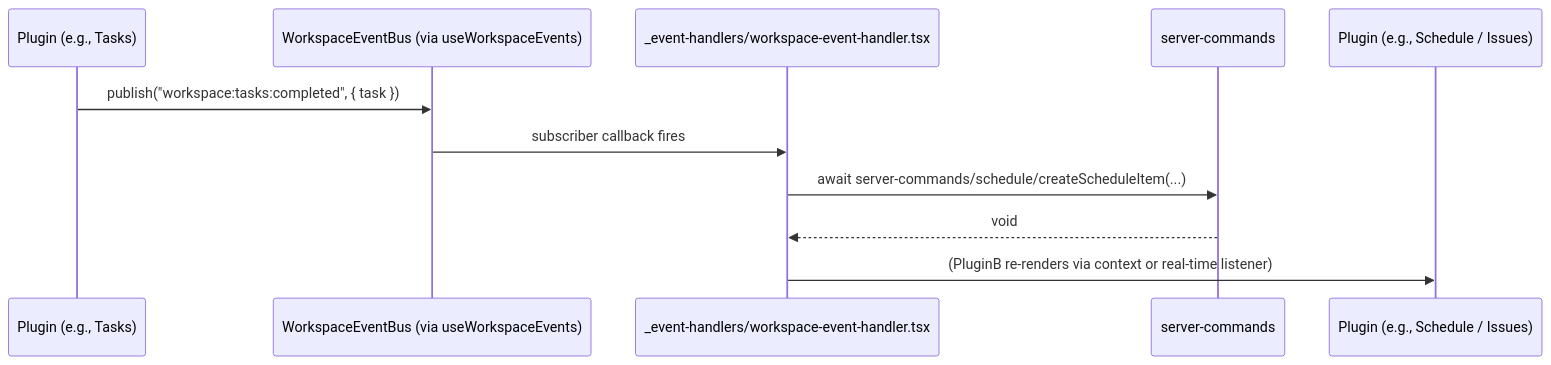
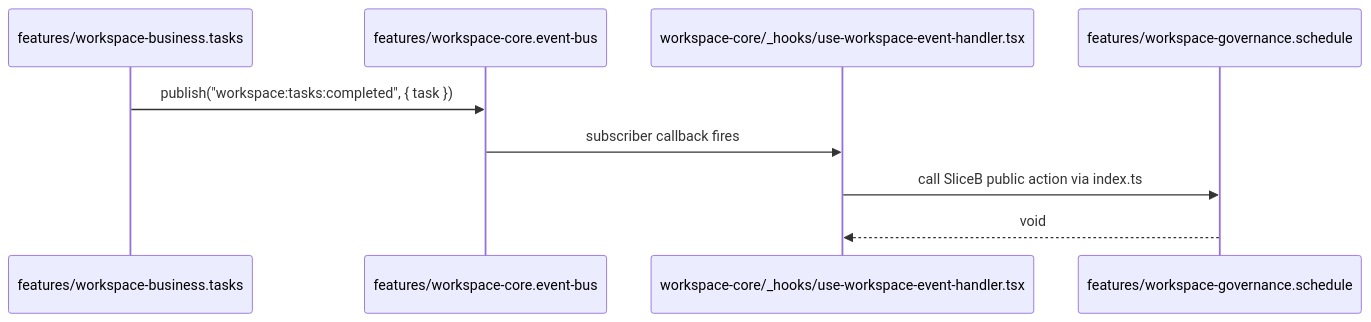
Before and after one commit to 7Spade/xuanwu-xxx: the second of 4 diagrams in src/shared/FLOWS.md, drawn with Mermaid. The commit also changed other lines of this file and 9 other files, not shown here.

````diff
--- a/src/shared/FLOWS.md
+++ b/src/shared/FLOWS.md
@@ -57,14 +57,12 @@
 ```mermaid
 sequenceDiagram
-    participant PluginA as Plugin (e.g., Tasks)
-    participant Bus as WorkspaceEventBus (via useWorkspaceEvents)
-    participant Handler as _event-handlers/workspace-event-handler.tsx
-    participant Cmd as server-commands
-    participant PluginB as Plugin (e.g., Schedule / Issues)
+    participant SliceA as features/workspace-business.tasks
+    participant Bus as features/workspace-core.event-bus
+    participant Handler as workspace-core/_hooks/use-workspace-event-handler.tsx
+    participant SliceB as features/workspace-governance.schedule
 
-    PluginA->>Bus: publish("workspace:tasks:completed", { task })
+    SliceA->>Bus: publish("workspace:tasks:completed", { task })
     Bus->>Handler: subscriber callback fires
-    Handler->>Cmd: await server-commands/schedule/createScheduleItem(...)
-    Cmd-->>Handler: void
-    Handler->>PluginB: (PluginB re-renders via context or real-time listener)
+    Handler->>SliceB: call SliceB public action via index.ts
+    SliceB-->>Handler: void
 ```
````
